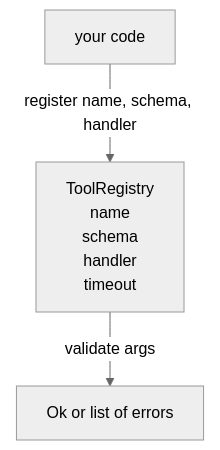
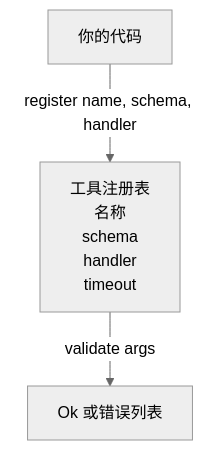
One commit to cq0206/ai-engineering-from-scratch changed the diagram in phases/19-capstone-projects/21-tool-registry-schema-validation.md. Above: the diagram before and after it, drawn with Mermaid (neutral theme). The commit also changed other lines of this file and 150 other files, not shown here.

````diff
--- a/phases/19-capstone-projects/21-tool-registry-schema-validation.md
+++ b/phases/19-capstone-projects/21-tool-registry-schema-validation.md
@@ -80,8 +80,8 @@
 ```mermaid
 flowchart TD
-    code[your code]
-    reg[ToolRegistry<br/>name<br/>schema<br/>handler<br/>timeout]
-    out[Ok or list of errors]
+    code[你的代码]
+    reg[工具注册表<br/>名称<br/>schema<br/>handler<br/>timeout]
+    out[Ok 或错误列表]
     code -->|register name, schema, handler| reg
     reg -->|validate args| out
 ```
````
